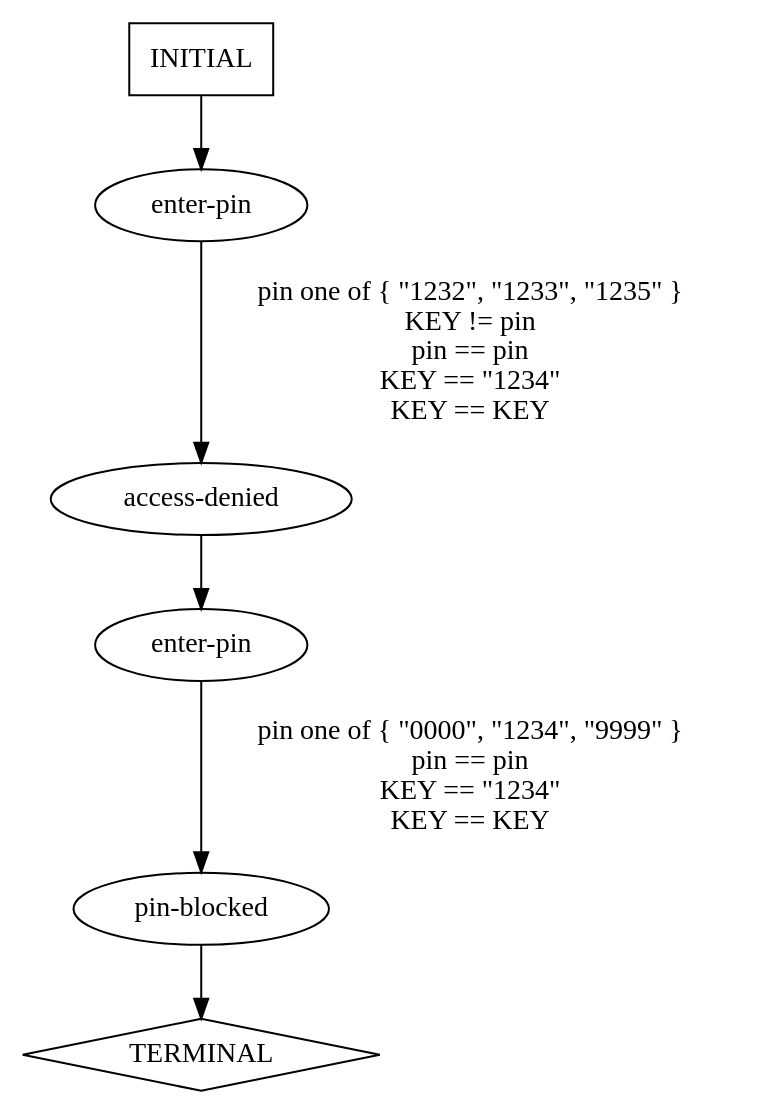
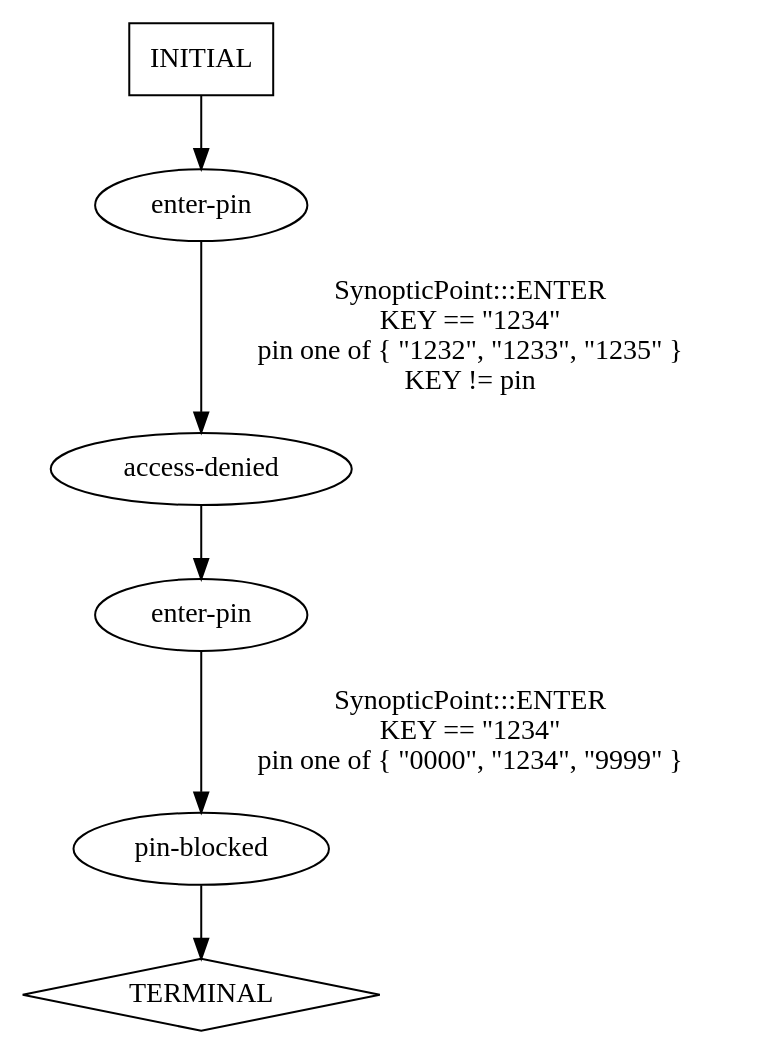
The diagram in traces/abstract/verify-pin/predicted-paths/verify-pin-test14.dot (ModelInference/synoptic), drawn with Graphviz before and after one commit. The commit also changed 73 other files, not shown here.

```diff
--- a/traces/abstract/verify-pin/predicted-paths/verify-pin-test14.dot
+++ b/traces/abstract/verify-pin/predicted-paths/verify-pin-test14.dot
@@ -1,13 +1,13 @@
 digraph {
   0 [label="access-denied"];
   1 [label="enter-pin"];
   2 [label="enter-pin"];
   3 [label="pin-blocked"];
   4 [label="TERMINAL",shape=diamond];
   5 [label="INITIAL",shape=box];
 0->2 [label="",];
-1->0 [label="pin one of { \"1232\", \"1233\", \"1235\" }\nKEY != pin\npin == pin\nKEY == \"1234\"\nKEY == KEY",];
-2->3 [label="pin one of { \"0000\", \"1234\", \"9999\" }\npin == pin\nKEY == \"1234\"\nKEY == KEY",];
+1->0 [label="SynopticPoint:::ENTER\nKEY == \"1234\"\npin one of { \"1232\", \"1233\", \"1235\" }\nKEY != pin\n",];
+2->3 [label="SynopticPoint:::ENTER\nKEY == \"1234\"\npin one of { \"0000\", \"1234\", \"9999\" }\n",];
 3->4 [label="",];
 5->1 [label="",];
 } // digraph {
```
